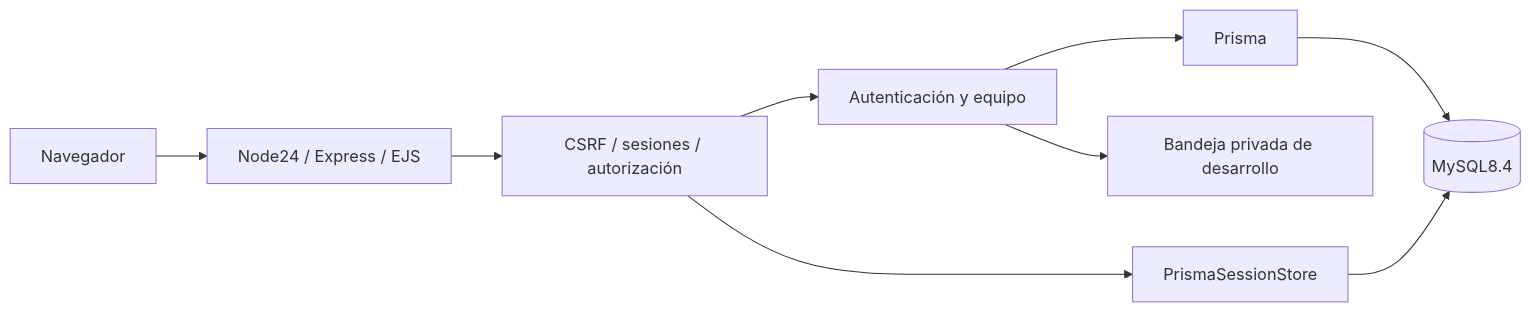
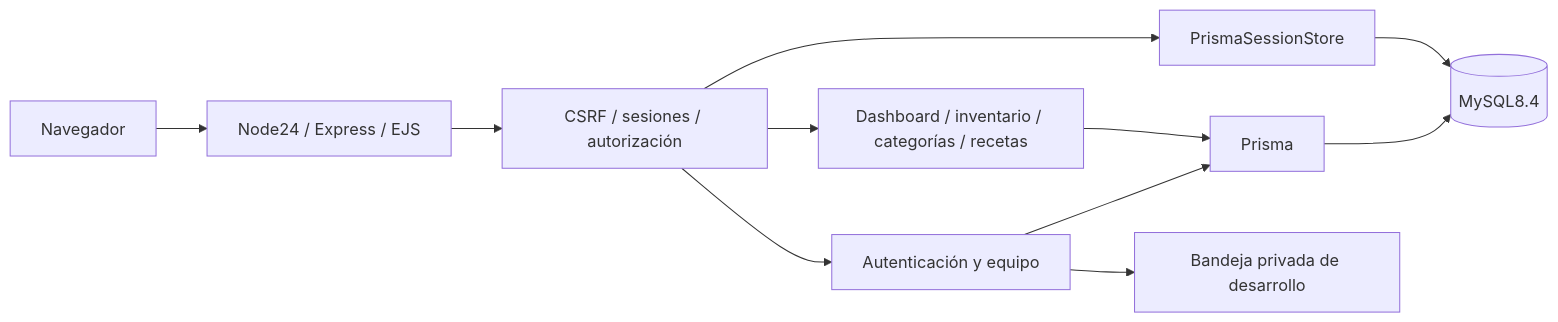
Before and after one commit to A-PerfectStranger/Food-Waste-Fighter-WebAvanzadas: the diagram in README.md, drawn with Mermaid. The commit also changed other lines of this file and 35 other files, not shown here.

````diff
--- a/README.md
+++ b/README.md
@@ -86,11 +96,13 @@
 ```mermaid
 flowchart LR
   Browser[Navegador] --> HTTP[Node24 / Express / EJS]
   HTTP --> Security[CSRF / sesiones / autorización]
   Security --> Auth[Autenticación y equipo]
   Auth --> Prisma[Prisma]
   Prisma --> DB[(MySQL8.4)]
   Security --> Sessions[PrismaSessionStore]
   Sessions --> DB
   Auth --> Mail[Bandeja privada de desarrollo]
+  Security --> Business[Dashboard / inventario / categorías / recetas]
+  Business --> Prisma
 ```
````
